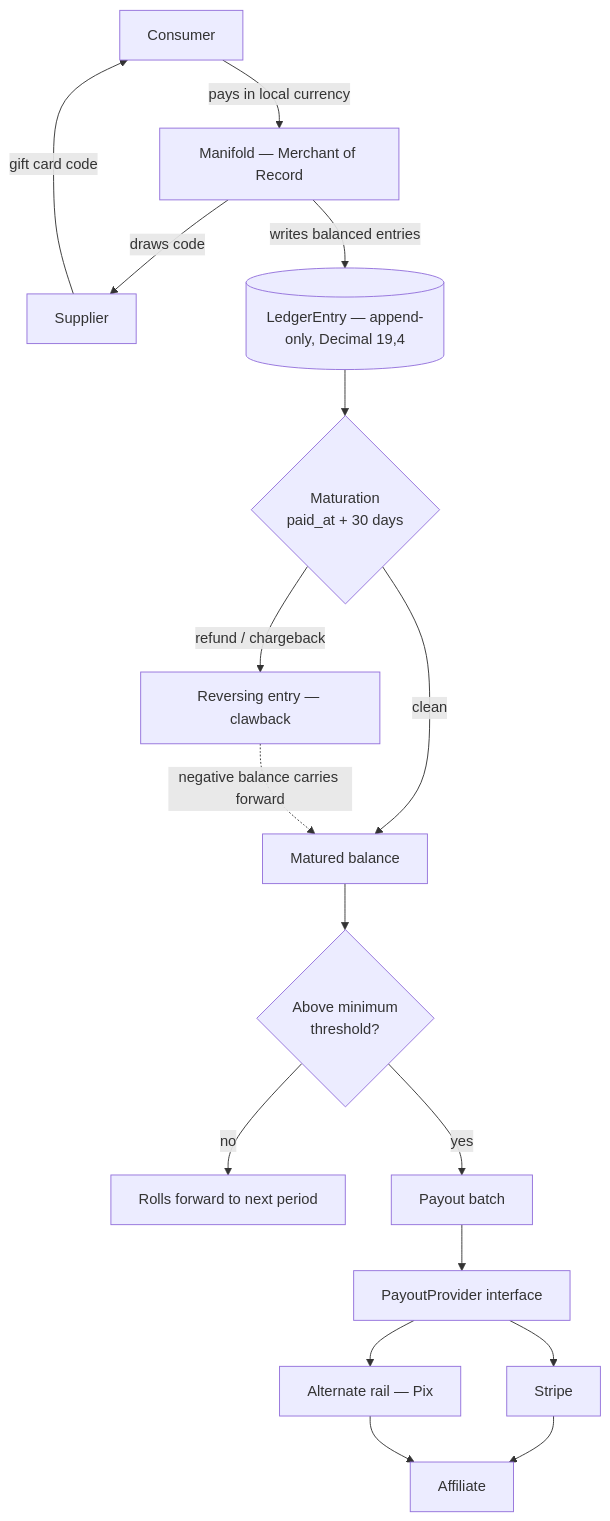
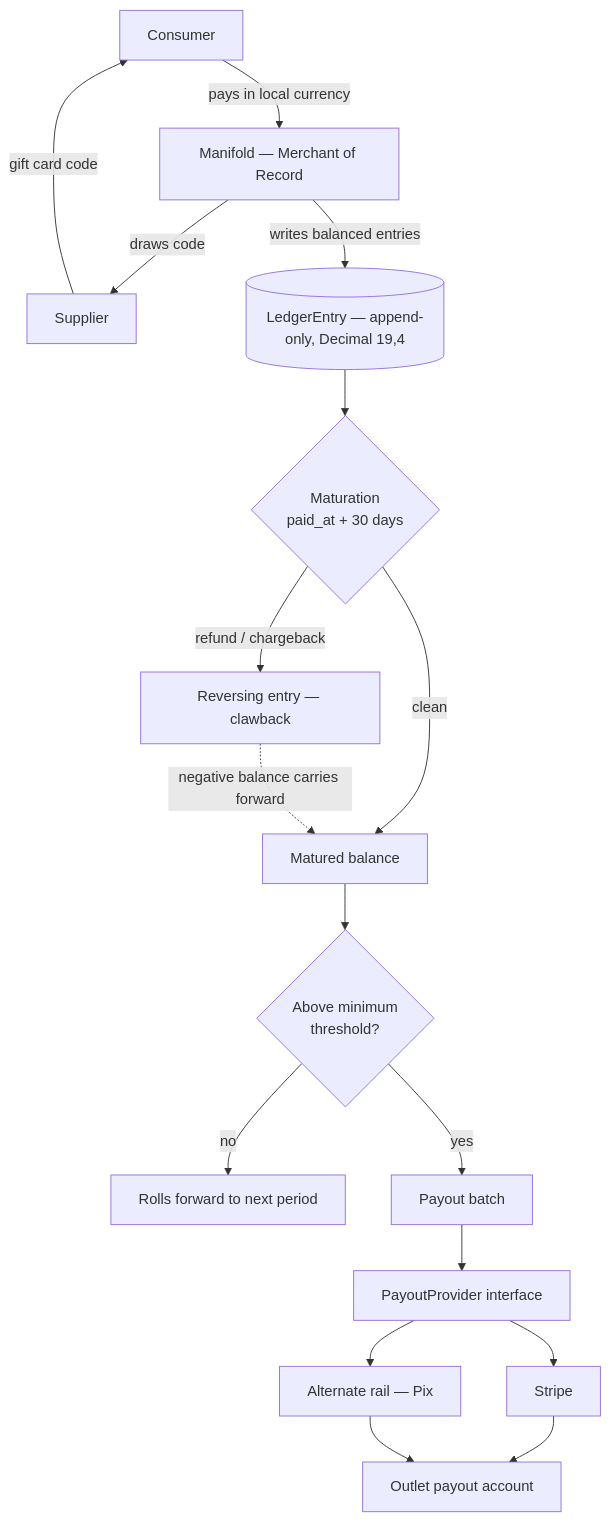
One commit to pedromello/manifoldpowered.com changed the first of 3 diagrams in docs/payments-tasks.md. Above: the diagram before and after it, drawn with Mermaid. The commit also changed other lines of this file and 17 other files, not shown here.

````diff
--- a/docs/payments-tasks.md
+++ b/docs/payments-tasks.md
@@ -50,22 +50,22 @@
 ```mermaid
 flowchart TD
     C[Consumer] -->|pays in local currency| P[Manifold — Merchant of Record]
     P -->|draws code| S[Supplier]
     S -->|gift card code| C
     P -->|writes balanced entries| L[(LedgerEntry — append-only, Decimal 19,4)]
 
     L --> M{Maturation<br/>paid_at + 30 days}
     M -->|clean| MB[Matured balance]
     M -->|refund / chargeback| CB[Reversing entry — clawback]
     CB -.->|negative balance carries forward| MB
 
     MB --> TH{Above minimum<br/>threshold?}
     TH -->|no| RF[Rolls forward to next period]
     TH -->|yes| PO[Payout batch]
 
     PO --> IF[PayoutProvider interface]
     IF --> ST[Stripe]
     IF --> BR[Alternate rail — Pix]
-    ST --> A[Affiliate]
+    ST --> A[Outlet payout account]
     BR --> A
 ```
````
